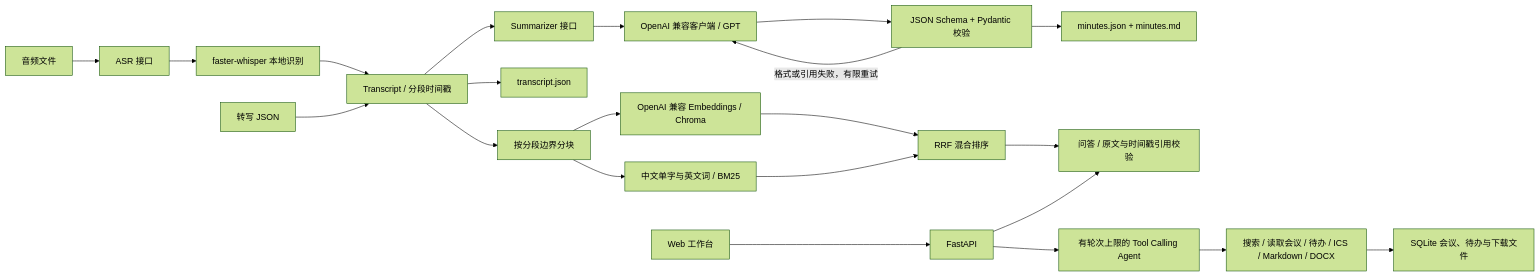
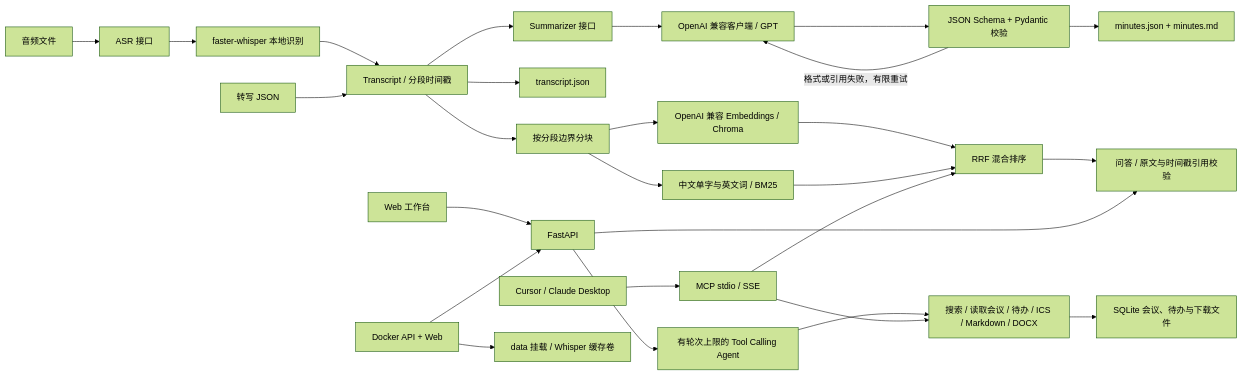
Before and after one commit to youli0828/MeetMind: the diagram in README.md, drawn with Mermaid (forest theme). The commit also changed other lines of this file and 13 other files, not shown here.

Commit message:
feat: deliver M3 MCP server, Docker deployment and evaluation docs

````diff
--- a/README.md
+++ b/README.md
@@ -7,24 +7,29 @@
 ```mermaid
 flowchart LR
     A[音频文件] --> B[ASR 接口]
     B --> C[faster-whisper 本地识别]
     C --> D[Transcript / 分段时间戳]
     T[转写 JSON] --> D
     D --> E[Summarizer 接口]
     E --> F[OpenAI 兼容客户端 / GPT]
     F --> G[JSON Schema + Pydantic 校验]
     G -->|格式或引用失败，有限重试| F
     G --> H[minutes.json + minutes.md]
     D --> I[transcript.json]
     D --> J[按分段边界分块]
     J --> K[OpenAI 兼容 Embeddings / Chroma]
     J --> L[中文单字与英文词 / BM25]
     K --> M[RRF 混合排序]
     L --> M
     M --> N[问答 / 原文与时间戳引用校验]
     W[Web 工作台] --> API[FastAPI]
     API --> N
     API --> AG[有轮次上限的 Tool Calling Agent]
     AG --> TO[搜索 / 读取会议 / 待办 / ICS / Markdown / DOCX]
     TO --> DB[SQLite 会议、待办与下载文件]
+    MC[Cursor / Claude Desktop] --> MCP[MCP stdio / SSE]
+    MCP --> TO
+    MCP --> M
+    DK[Docker API + Web] --> API
+    DK --> VOL[data 挂载 / Whisper 缓存卷]
 ```
````
